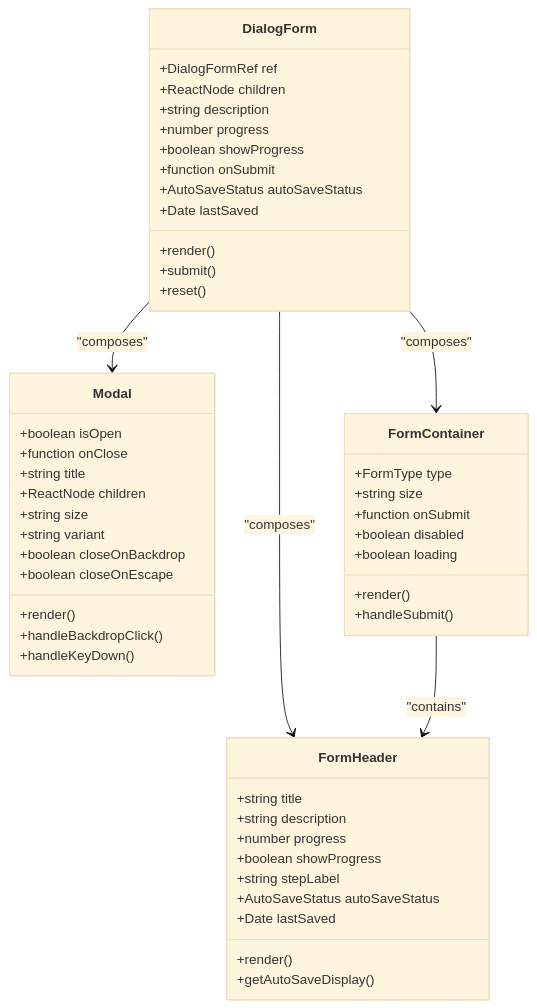
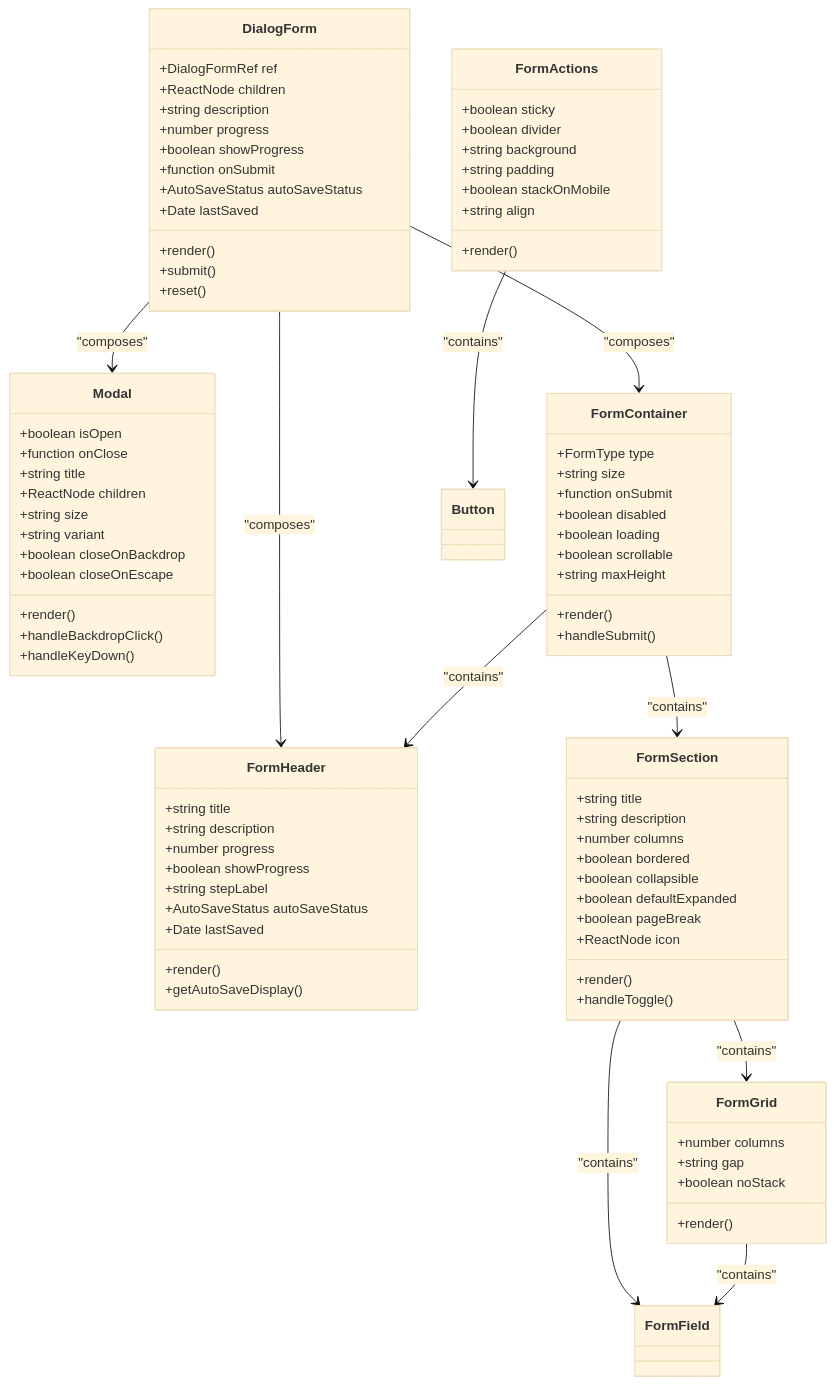
The fifth of 8 diagrams in .qoder/repowiki/en/content/UI Component Library/DialogForm Framework.md (geniusdynamics/schoolpilot), drawn with Mermaid (base theme) before and after one commit. The commit also changed other lines of this file and 6 other files, not shown here.

````diff
--- a/.qoder/repowiki/en/content/UI Component Library/DialogForm Framework.md
+++ b/.qoder/repowiki/en/content/UI Component Library/DialogForm Framework.md
@@ -128,6 +237,8 @@
 +function onSubmit
 +boolean disabled
 +boolean loading
++boolean scrollable
++string maxHeight
 +render()
 +handleSubmit()
 }
@@ -141,6 +252,33 @@
 +Date lastSaved
 +render()
 +getAutoSaveDisplay()
+}
+class FormSection {
++string title
++string description
++number columns
++boolean bordered
++boolean collapsible
++boolean defaultExpanded
++boolean pageBreak
++ReactNode icon
++render()
++handleToggle()
+}
+class FormGrid {
++number columns
++string gap
++boolean noStack
++render()
+}
+class FormActions {
++boolean sticky
++boolean divider
++string background
++string padding
++boolean stackOnMobile
++string align
++render()
 }
 class DialogForm {
 +DialogFormRef ref
@@ -159,4 +297,9 @@
 DialogForm --> FormContainer : "composes"
 DialogForm --> FormHeader : "composes"
 FormContainer --> FormHeader : "contains"
+FormContainer --> FormSection : "contains"
+FormSection --> FormGrid : "contains"
+FormSection --> FormField : "contains"
+FormGrid --> FormField : "contains"
+FormActions --> Button : "contains"
 ```
````
